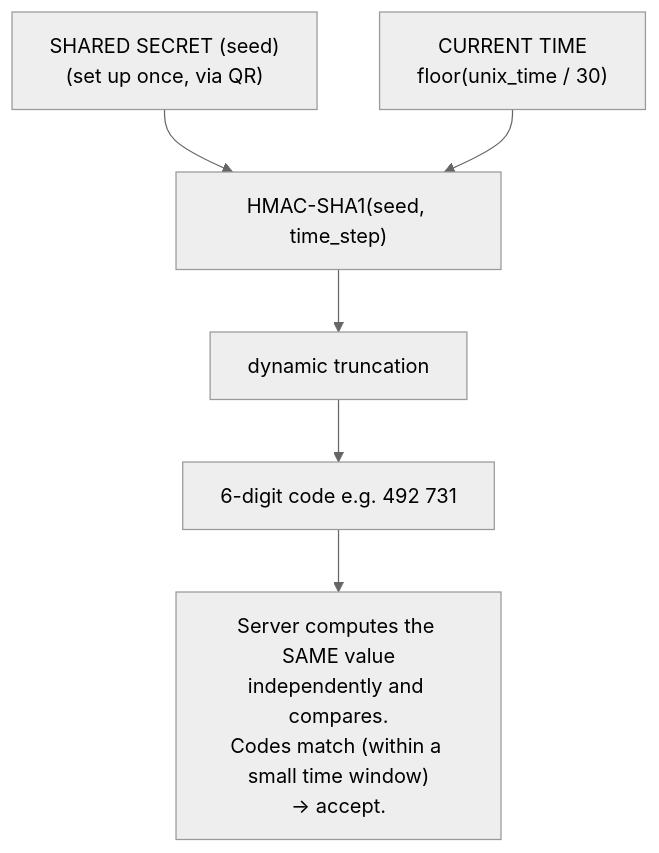
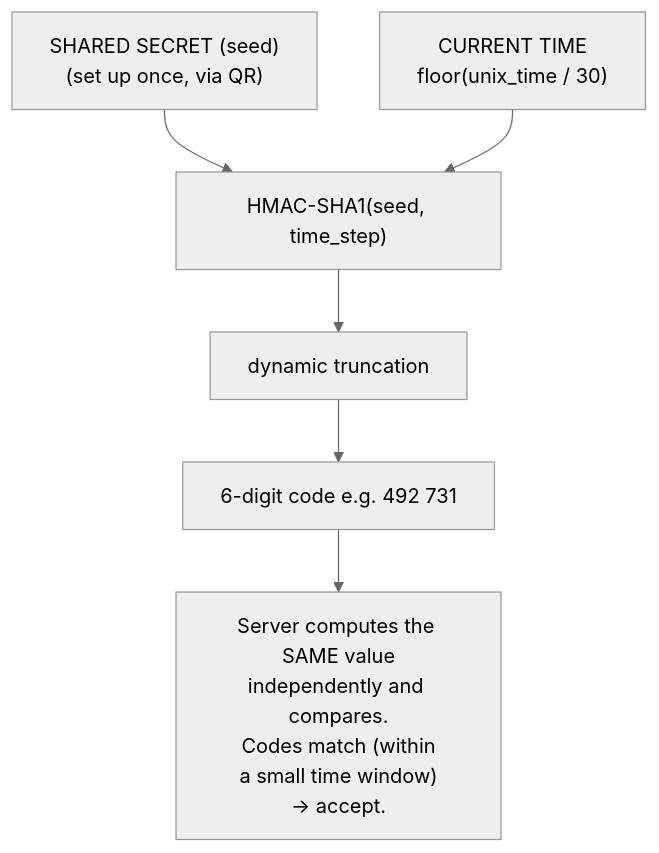
Before and after one commit to morandeirachema/WallixCerts: the fourth of 4 diagrams in prerequisites/cryptography-and-pki.md, drawn with Mermaid (neutral theme). The commit also changed other lines of this file and 35 other files, not shown here.

First line of the commit message:
Tidy Mermaid boxes: balanced wrapping at a narrower width (36)

````diff
--- a/prerequisites/cryptography-and-pki.md
+++ b/prerequisites/cryptography-and-pki.md
@@ -206,14 +206,14 @@
 ```mermaid
 flowchart TD
     Seed["SHARED SECRET (seed)<br/>(set up once, via QR)"]
     Time["CURRENT TIME<br/>floor(unix_time / 30)"]
     HMAC["HMAC-SHA1(seed, time_step)"]
     Trunc["dynamic truncation"]
     Code["6-digit code e.g. 492 731"]
-    Server["Server computes the SAME value<br/>independently and compares.<br/>Codes match (within a small time window)<br/>-> accept."]
+    Server["Server computes the SAME value<br/>independently and compares.<br/>Codes match (within<br/>a small time window)<br/>-> accept."]
     Seed --> HMAC
     Time --> HMAC
     HMAC --> Trunc
     Trunc --> Code
     Code --> Server
 ```
````
